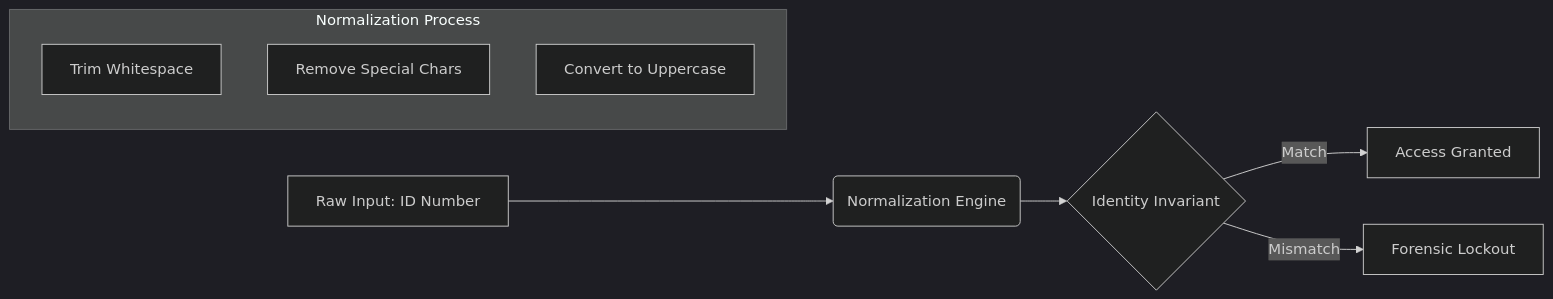
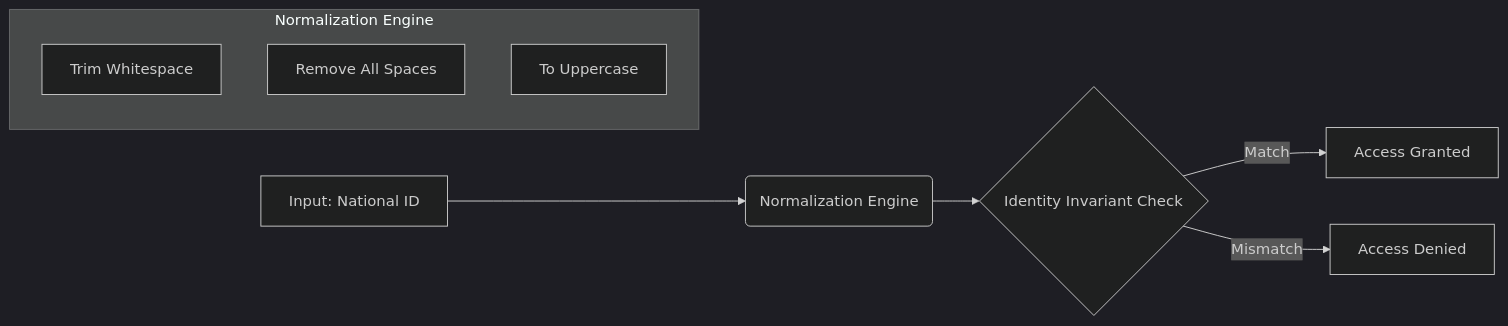
The third of 3 diagrams in README.md (CoderShubhamMate/Block-Chain-Based-Secure-Notarization-System), drawn with Mermaid (dark theme) before and after one commit. The commit also changed other lines of this file, not shown here.

````diff
--- a/README.md
+++ b/README.md
@@ -72,13 +71,13 @@
 ```mermaid
 graph LR
-    A[Raw Input: ID Number] --> B(Normalization Engine)
-    B --> C{Identity Invariant}
+    A[Input: National ID] --> B(Normalization Engine)
+    B --> C{Identity Invariant Check}
     C -->|Match| D[Access Granted]
-    C -->|Mismatch| E[Forensic Lockout]
+    C -->|Mismatch| E[Access Denied]
     
-    subgraph "Normalization Process"
+    subgraph "Normalization Engine"
         B1[Trim Whitespace]
-        B2[Remove Special Chars]
-        B3[Convert to Uppercase]
+        B2[Remove All Spaces]
+        B3[To Uppercase]
     end
 ```
````
